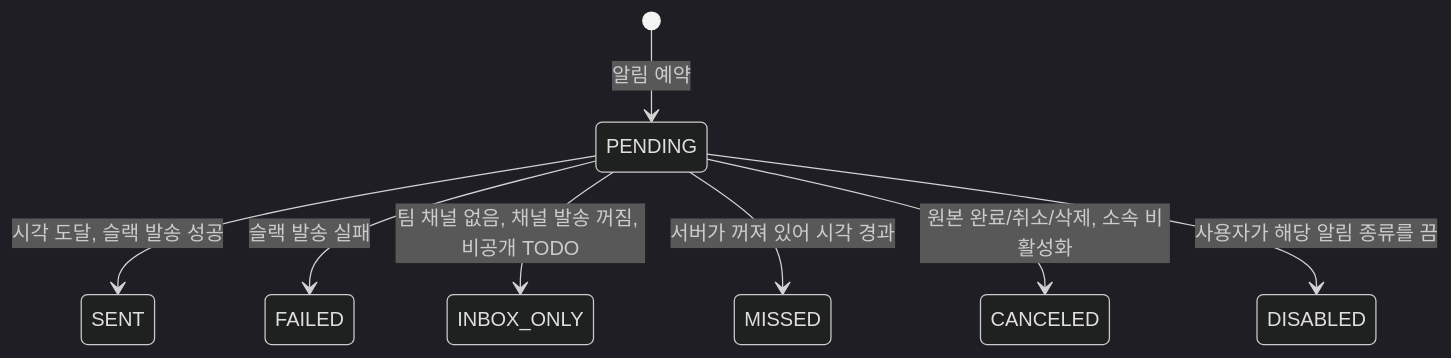
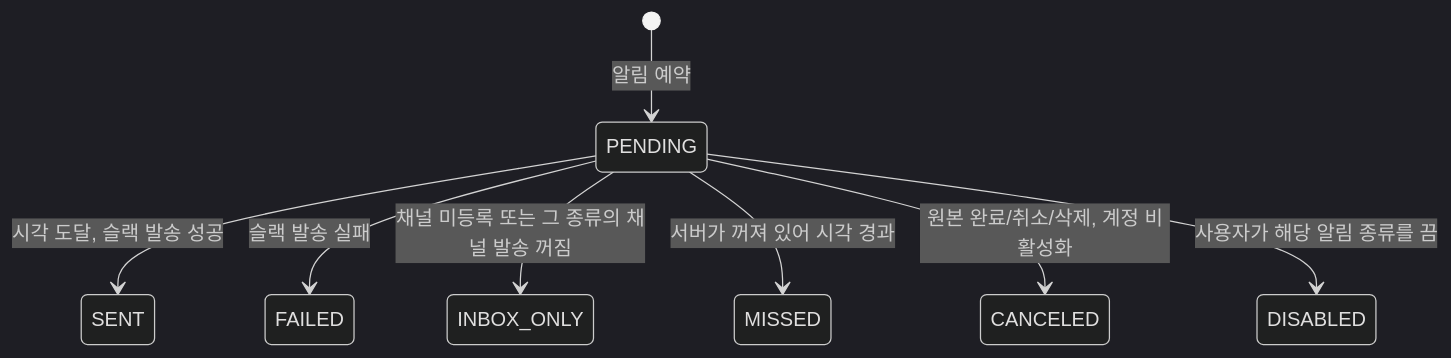
One commit to U-gummy/WORK_MANAGER changed the second of 2 diagrams in docs/erd.md. Above: the diagram before and after it, drawn with Mermaid (dark theme). The commit also changed other lines of this file and 14 other files, not shown here.

````diff
--- a/docs/erd.md
+++ b/docs/erd.md
@@ -244,10 +190,10 @@
 ```mermaid
 stateDiagram-v2
     [*] --> PENDING : 알림 예약
     PENDING --> SENT : 시각 도달, 슬랙 발송 성공
     PENDING --> FAILED : 슬랙 발송 실패
-    PENDING --> INBOX_ONLY : 팀 채널 없음, 채널 발송 꺼짐, 비공개 TODO
+    PENDING --> INBOX_ONLY : 채널 미등록 또는 그 종류의 채널 발송 꺼짐
     PENDING --> MISSED : 서버가 꺼져 있어 시각 경과
-    PENDING --> CANCELED : 원본 완료/취소/삭제, 소속 비활성화
+    PENDING --> CANCELED : 원본 완료/취소/삭제, 계정 비활성화
     PENDING --> DISABLED : 사용자가 해당 알림 종류를 끔
 ```
````
